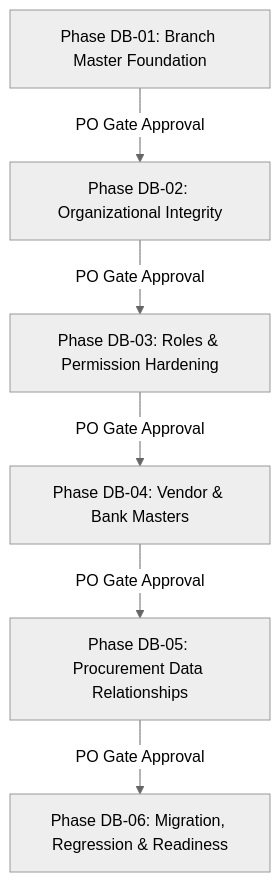
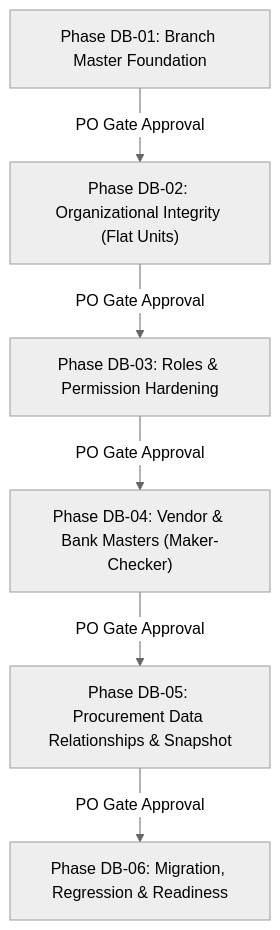
The second of 2 diagrams in docs/database/database-hardening-plan.md (beerrros04/blc-procurement), drawn with Mermaid (neutral theme) before and after one commit. The commit also changed other lines of this file and 16 other files, not shown here.

Commit message:
docs(database): finalize database architecture v1 addendum with PO decisions

````diff
--- a/docs/database/database-hardening-plan.md
+++ b/docs/database/database-hardening-plan.md
@@ -90,15 +107,15 @@
 ```mermaid
 flowchart TD
     DB01["Phase DB-01: Branch Master Foundation"]
-    DB02["Phase DB-02: Organizational Integrity"]
+    DB02["Phase DB-02: Organizational Integrity (Flat Units)"]
     DB03["Phase DB-03: Roles & Permission Hardening"]
-    DB04["Phase DB-04: Vendor & Bank Masters"]
-    DB05["Phase DB-05: Procurement Data Relationships"]
+    DB04["Phase DB-04: Vendor & Bank Masters (Maker-Checker)"]
+    DB05["Phase DB-05: Procurement Data Relationships & Snapshot"]
     DB06["Phase DB-06: Migration, Regression & Readiness"]
 
     DB01 -->|PO Gate Approval| DB02
     DB02 -->|PO Gate Approval| DB03
     DB03 -->|PO Gate Approval| DB04
     DB04 -->|PO Gate Approval| DB05
     DB05 -->|PO Gate Approval| DB06
 ```
````
